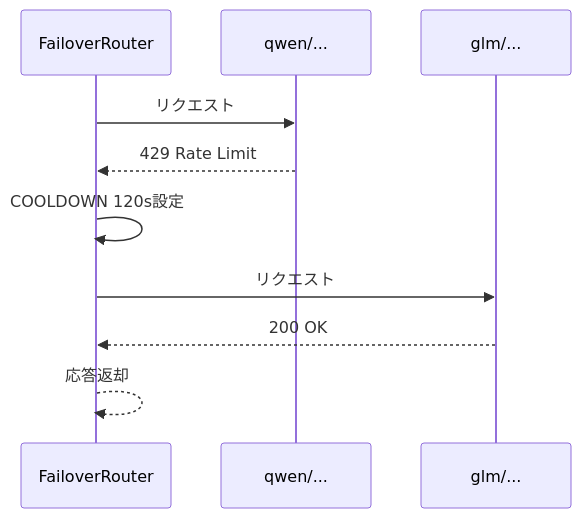
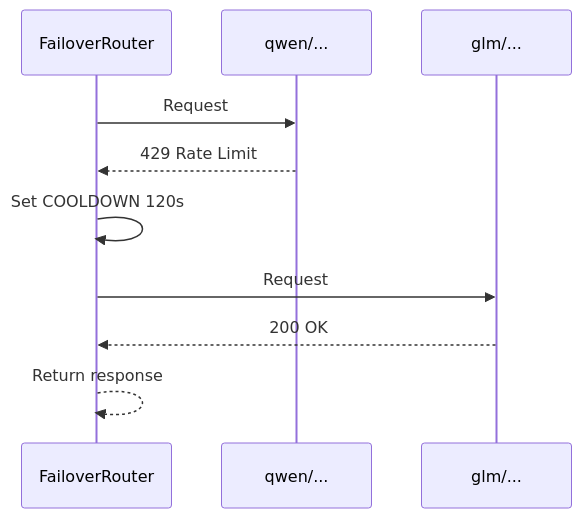
The fourth of 4 diagrams in docs/how-it-works.md (tokkkie/free-model-router), drawn with Mermaid before and after one commit. The commit also changed other lines of this file and 3 other files, not shown here.

````diff
--- a/docs/how-it-works.md
+++ b/docs/how-it-works.md
@@ -146,13 +146,13 @@
 ```mermaid
 sequenceDiagram
     participant FR as FailoverRouter
     participant qwen as qwen/...
     participant glm as glm/...
 
-    FR->>qwen: リクエスト
+    FR->>qwen: Request
     qwen-->>FR: 429 Rate Limit
-    FR->>FR: COOLDOWN 120s設定
-    FR->>glm: リクエスト
+    FR->>FR: Set COOLDOWN 120s
+    FR->>glm: Request
     glm-->>FR: 200 OK
-    FR-->>FR: 応答返却
+    FR-->>FR: Return response
 ```
````
